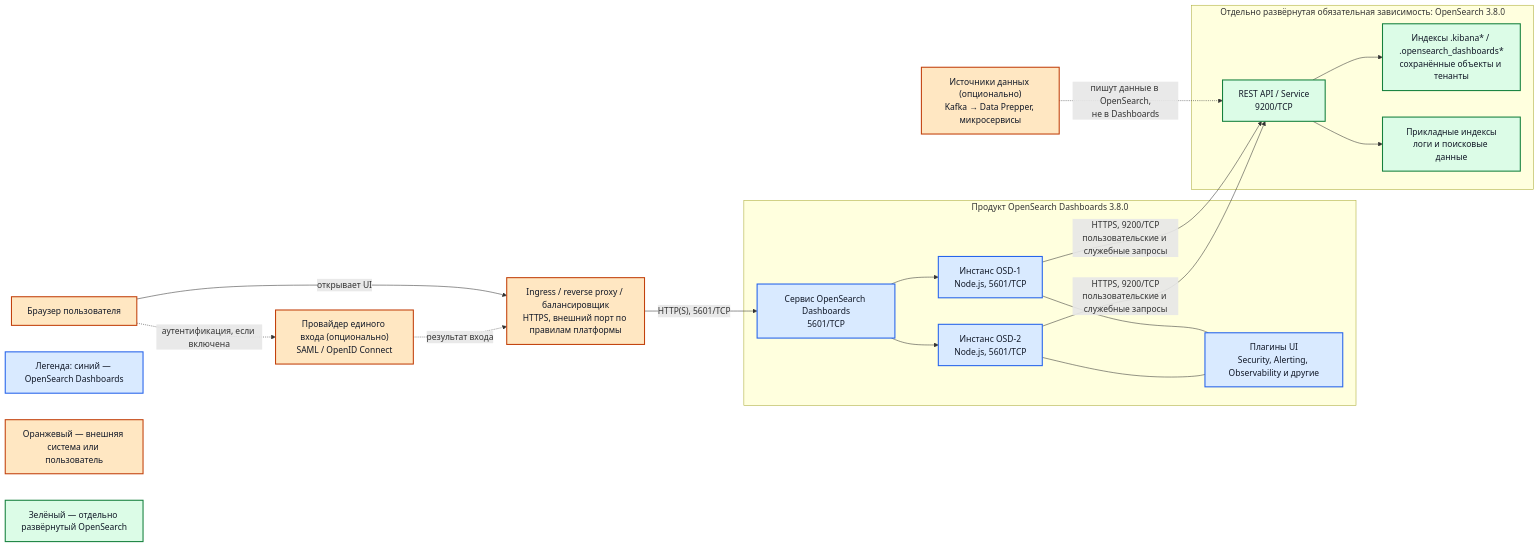
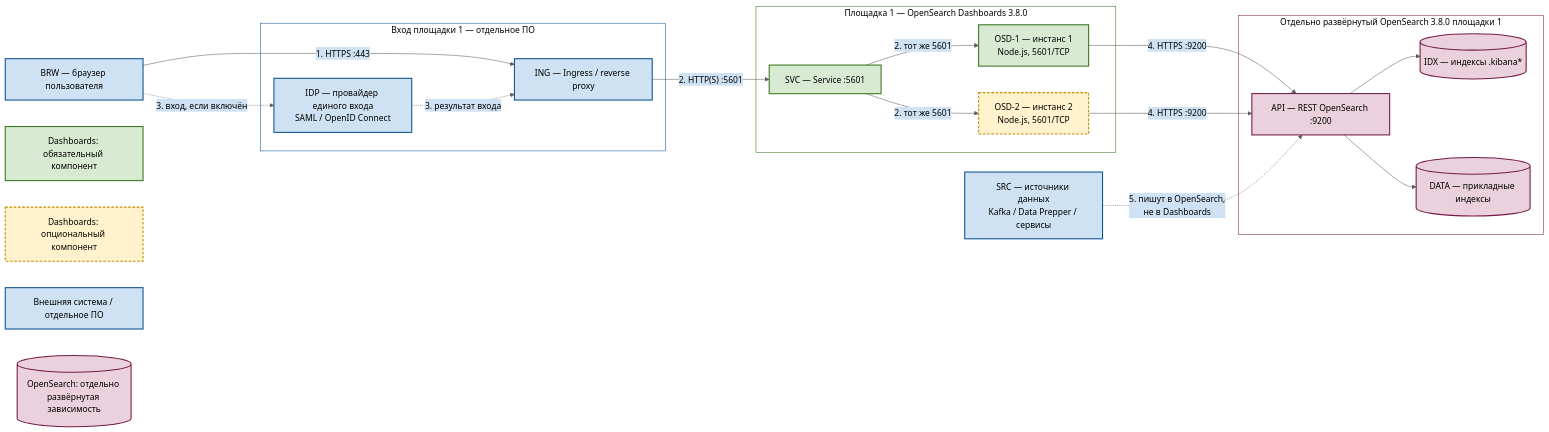
The second of 2 diagrams in Out/Поиск и аналитика/OpenSearch Dashboards/OpenSearch Dashboards.md (StrannikE95/WORK-platform_companents), drawn with Mermaid before and after one commit. The commit also changed other lines of this file and 13 other files, not shown here.

````diff
--- a/Out/Поиск и аналитика/OpenSearch Dashboards/OpenSearch Dashboards.md
+++ b/Out/Поиск и аналитика/OpenSearch Dashboards/OpenSearch Dashboards.md
@@ -61,48 +67,63 @@
 ```mermaid
+%%{init: {"theme": "base", "themeVariables": {"primaryColor": "#d9ead3", "primaryTextColor": "#000000", "primaryBorderColor": "#38761d", "lineColor": "#5b5b5b", "secondaryColor": "#cfe2f3", "tertiaryColor": "#fff2cc", "clusterBkg": "transparent", "clusterBorder": "#666666"}}}%%
 flowchart LR
-  U["Браузер пользователя"]
-  IDP["Провайдер единого входа (опционально)<br/>SAML / OpenID Connect"]
-  RP["Ingress / reverse proxy / балансировщик<br/>HTTPS, внешний порт по правилам платформы"]
-  SRC["Источники данных (опционально)<br/>Kafka → Data Prepper, микросервисы"]
+  BRW["BRW — браузер пользователя"]
 
-  subgraph OSD["Продукт OpenSearch Dashboards 3.8.0"]
-    SVC["Сервис OpenSearch Dashboards<br/>5601/TCP"]
-    D1["Инстанс OSD-1<br/>Node.js, 5601/TCP"]
-    D2["Инстанс OSD-2<br/>Node.js, 5601/TCP"]
-    PLG["Плагины UI<br/>Security, Alerting, Observability и другие"]
-    SVC --> D1
-    SVC --> D2
-    D1 --- PLG
-    D2 --- PLG
+  subgraph EDGE["Вход площадки 1 — отдельное ПО"]
+    ING["ING — Ingress / reverse proxy"]
+    IDP["IDP — провайдер единого входа<br/>SAML / OpenID Connect"]
   end
 
-  subgraph OS["Отдельно развёрнутая обязательная зависимость: OpenSearch 3.8.0"]
-    API["REST API / Service<br/>9200/TCP"]
-    IDX["Индексы .kibana* / .opensearch_dashboards*<br/>сохранённые объекты и тенанты"]
-    DATA["Прикладные индексы<br/>логи и поисковые данные"]
-    API --> IDX
-    API --> DATA
+  subgraph SITE["Площадка 1 — OpenSearch Dashboards 3.8.0"]
+    SVC["SVC — Service :5601"]
+    OSD1["OSD-1 — инстанс 1<br/>Node.js, 5601/TCP"]
+    OSD2["OSD-2 — инстанс 2<br/>Node.js, 5601/TCP"]
   end
 
-  U -->|"открывает UI"| RP
-  U -.->|"аутентификация, если включена"| IDP
-  IDP -.->|"результат входа"| RP
-  RP -->|"HTTP(S), 5601/TCP"| SVC
-  D1 -->|"HTTPS, 9200/TCP<br/>пользовательские и служебные запросы"| API
-  D2 -->|"HTTPS, 9200/TCP<br/>пользовательские и служебные запросы"| API
-  SRC -.->|"пишут данные в OpenSearch,<br/>не в Dashboards"| API
+  subgraph OS["Отдельно развёрнутый OpenSearch 3.8.0 площадки 1"]
+    API["API — REST OpenSearch :9200"]
+    IDX[("IDX — индексы .kibana*")]
+    DATA[("DATA — прикладные индексы")]
+  end
 
-  classDef product fill:#d9eaff,stroke:#2563eb,color:#111827,stroke-width:2px;
-  classDef external fill:#ffe7c2,stroke:#c2410c,color:#111827,stroke-width:2px;
-  classDef dependency fill:#dcfce7,stroke:#15803d,color:#111827,stroke-width:2px;
-  class SVC,D1,D2,PLG product;
-  class U,IDP,RP,SRC external;
-  class API,IDX,DATA dependency;
+  SRC["SRC — источники данных<br/>Kafka / Data Prepper / сервисы"]
 
-  LEGEND_PRODUCT["Легенда: синий — OpenSearch Dashboards"]
-  LEGEND_EXTERNAL["Оранжевый — внешняя система или пользователь"]
-  LEGEND_DEP["Зелёный — отдельно развёрнутый OpenSearch"]
-  class LEGEND_PRODUCT product;
-  class LEGEND_EXTERNAL external;
-  class LEGEND_DEP dependency;
+  BRW -->|"1. HTTPS :443"| ING
+  ING -->|"2. HTTP(S) :5601"| SVC
+  SVC -->|"2. тот же 5601"| OSD1
+  SVC -->|"2. тот же 5601"| OSD2
+  BRW -.->|"3. вход, если включён"| IDP
+  IDP -.->|"3. результат входа"| ING
+  OSD1 -->|"4. HTTPS :9200"| API
+  OSD2 -->|"4. HTTPS :9200"| API
+  API --> IDX
+  API --> DATA
+  SRC -.->|"5. пишут в OpenSearch,<br/>не в Dashboards"| API
+
+  L_OSD["Dashboards: обязательный компонент"]
+  L_OPT["Dashboards: опциональный компонент"]
+  L_EXT["Внешняя система / отдельное ПО"]
+  L_OS[("OpenSearch: отдельно развёрнутая зависимость")]
+
+  style EDGE fill:none,stroke:#0b5394,color:#000000
+  style SITE fill:none,stroke:#38761d,color:#000000
+  style OS fill:none,stroke:#741b47,color:#000000
+
+  style OSD1 fill:#d9ead3,stroke:#38761d,color:#000000,stroke-width:2px
+  style SVC fill:#d9ead3,stroke:#38761d,color:#000000,stroke-width:2px
+  style L_OSD fill:#d9ead3,stroke:#38761d,color:#000000,stroke-width:2px
+
+  style OSD2 fill:#fff2cc,stroke:#bf9000,color:#000000,stroke-width:2px,stroke-dasharray:5 3
+  style L_OPT fill:#fff2cc,stroke:#bf9000,color:#000000,stroke-width:2px,stroke-dasharray:5 3
+
+  style BRW fill:#cfe2f3,stroke:#0b5394,color:#000000,stroke-width:2px
+  style ING fill:#cfe2f3,stroke:#0b5394,color:#000000,stroke-width:2px
+  style IDP fill:#cfe2f3,stroke:#0b5394,color:#000000,stroke-width:2px
+  style SRC fill:#cfe2f3,stroke:#0b5394,color:#000000,stroke-width:2px
+  style L_EXT fill:#cfe2f3,stroke:#0b5394,color:#000000,stroke-width:2px
+
+  style API fill:#ead1dc,stroke:#741b47,color:#000000,stroke-width:2px
+  style IDX fill:#ead1dc,stroke:#741b47,color:#000000,stroke-width:2px
+  style DATA fill:#ead1dc,stroke:#741b47,color:#000000,stroke-width:2px
+  style L_OS fill:#ead1dc,stroke:#741b47,color:#000000,stroke-width:2px
 ```
````
